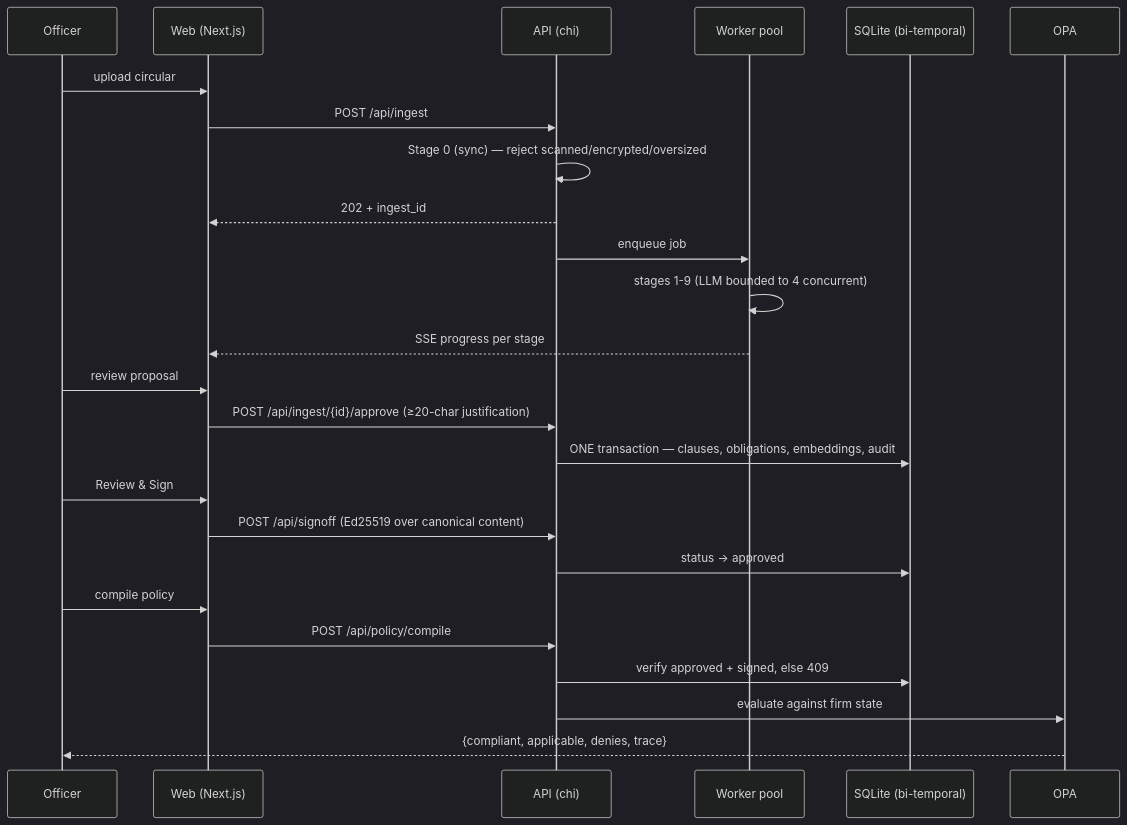
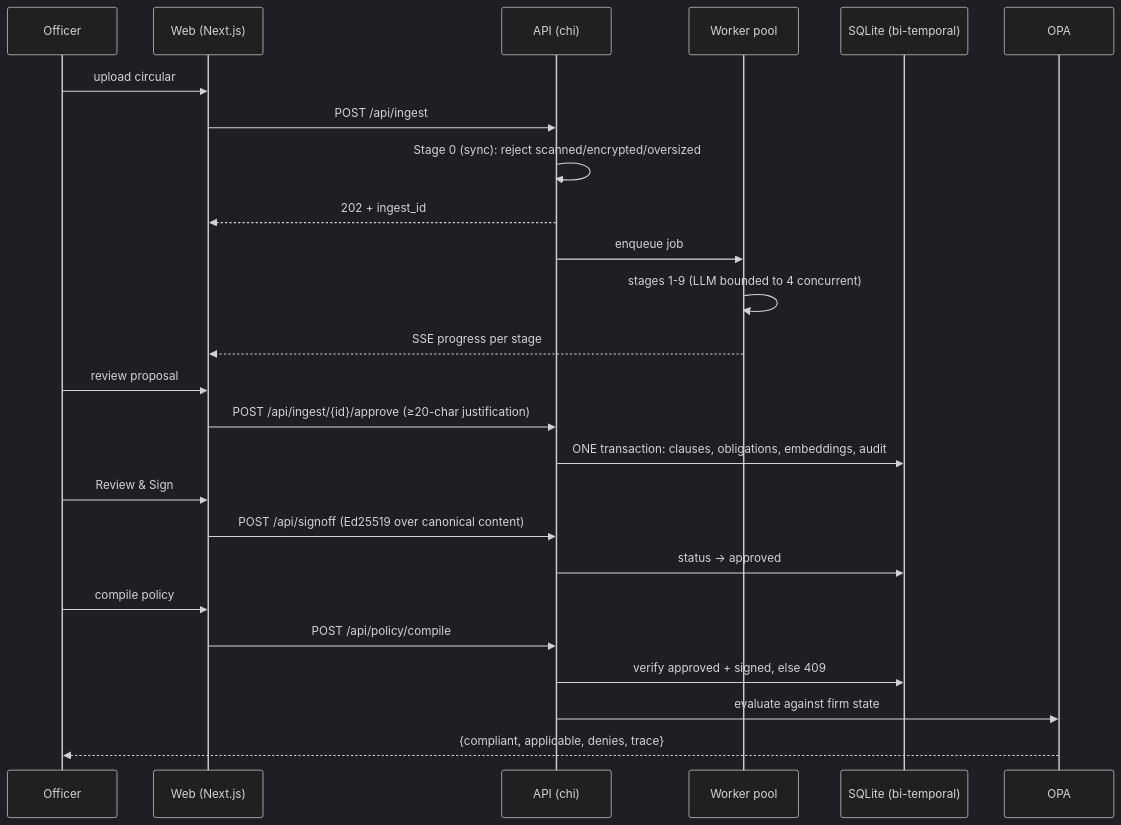
Before and after one commit to mridulbansal4/Chanakya: the fourth of 4 diagrams in README.md, drawn with Mermaid (dark theme). The commit also changed other lines of this file and 9 other files, not shown here.

````diff
--- a/README.md
+++ b/README.md
@@ -451,28 +451,28 @@
 ```mermaid
 sequenceDiagram
     participant O as Officer
     participant W as Web (Next.js)
     participant A as API (chi)
     participant P as Worker pool
     participant D as SQLite (bi-temporal)
     participant E as OPA
 
     O->>W: upload circular
     W->>A: POST /api/ingest
-    A->>A: Stage 0 (sync) — reject scanned/encrypted/oversized
+    A->>A: Stage 0 (sync): reject scanned/encrypted/oversized
     A-->>W: 202 + ingest_id
     A->>P: enqueue job
     P->>P: stages 1-9 (LLM bounded to 4 concurrent)
     P-->>W: SSE progress per stage
     O->>W: review proposal
     W->>A: POST /api/ingest/{id}/approve (≥20-char justification)
-    A->>D: ONE transaction — clauses, obligations, embeddings, audit
+    A->>D: ONE transaction: clauses, obligations, embeddings, audit
     O->>W: Review & Sign
     W->>A: POST /api/signoff (Ed25519 over canonical content)
     A->>D: status → approved
     O->>W: compile policy
     W->>A: POST /api/policy/compile
     A->>D: verify approved + signed, else 409
     A->>E: evaluate against firm state
     E-->>O: {compliant, applicable, denies, trace}
 ```
````
